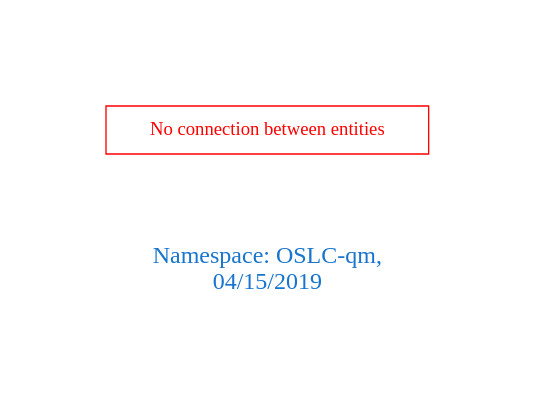
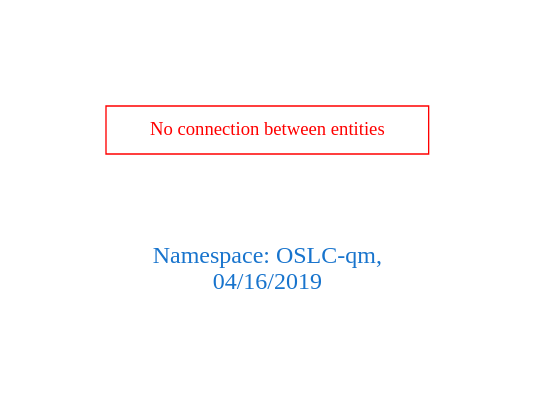
The diagram in downloads/OSLC-qm.dot (arago/OGIT), drawn with Graphviz before and after one commit. The commit also changed 1332 other files, not shown here.

```diff
--- a/downloads/OSLC-qm.dot
+++ b/downloads/OSLC-qm.dot
@@ -1,9 +1,9 @@
 digraph OGIT_ontology {
  graph [ rankdir= LR,pad=1 
 fontsize = 18,
-fontcolor= dodgerblue3,label = "\n\n\nNamespace: OSLC-qm, \n 04/15/2019"];
+fontcolor= dodgerblue3,label = "\n\n\nNamespace: OSLC-qm, \n 04/16/2019"];
 node[shape=polygon];
 edge [  color="gray81"];
 
 "No connection between entities" [fontcolor = "red",color="red", shape="polygon"]
 }
```
